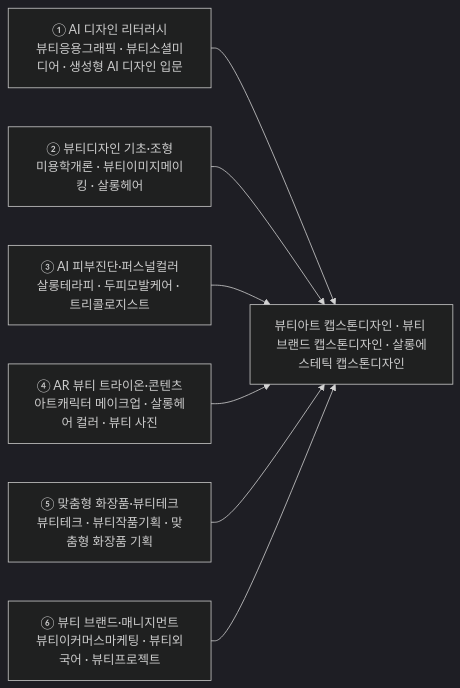
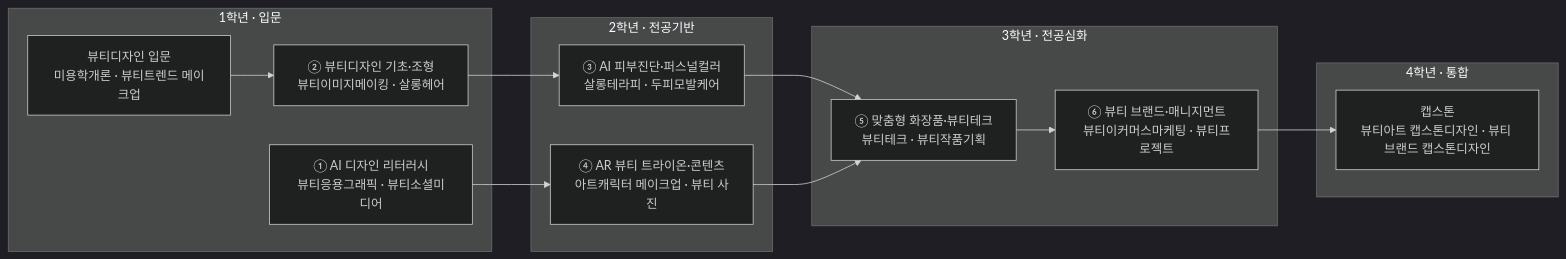
The diagram in docs/design/beauty-design.md (parclab-hsu/ai-curriculum-2026), drawn with Mermaid (dark theme) before and after one commit. The commit also changed other lines of this file and 22 other files, not shown here.

First line of the commit message:
모듈 다이어그램 강화 — 1~4학년 로드맵 + 모듈-역량 매핑 (23개 트랙)

````diff
--- a/docs/design/beauty-design.md
+++ b/docs/design/beauty-design.md
@@ -136,10 +136,22 @@
 ```mermaid
 flowchart LR
-  M1["① AI 디자인 리터러시<br/>뷰티응용그래픽 · 뷰티소셜미디어 · 생성형 AI 디자인 입문"] --> CAP
-  M2["② 뷰티디자인 기초·조형<br/>미용학개론 · 뷰티이미지메이킹 · 살롱헤어"] --> CAP
-  M3["③ AI 피부진단·퍼스널컬러<br/>살롱테라피 · 두피모발케어 · 트리콜로지스트"] --> CAP
-  M4["④ AR 뷰티 트라이온·콘텐츠<br/>아트캐릭터 메이크업 · 살롱헤어 컬러 · 뷰티 사진"] --> CAP
-  M5["⑤ 맞춤형 화장품·뷰티테크<br/>뷰티테크 · 뷰티작품기획 · 맞춤형 화장품 기획"] --> CAP
-  M6["⑥ 뷰티 브랜드·매니지먼트<br/>뷰티이커머스마케팅 · 뷰티외국어 · 뷰티프로젝트"] --> CAP
-  CAP["뷰티아트 캡스톤디자인 · 뷰티 브랜드 캡스톤디자인 · 살롱에스테틱 캡스톤디자인"]
+  subgraph Y1["1학년 · 입문"]
+    A0["뷰티디자인 입문<br/>미용학개론 · 뷰티트렌드 메이크업"]
+    M1["① AI 디자인 리터러시<br/>뷰티응용그래픽 · 뷰티소셜미디어"]
+    M2["② 뷰티디자인 기초·조형<br/>뷰티이미지메이킹 · 살롱헤어"]
+  end
+  subgraph Y2["2학년 · 전공기반"]
+    M3["③ AI 피부진단·퍼스널컬러<br/>살롱테라피 · 두피모발케어"]
+    M4["④ AR 뷰티 트라이온·콘텐츠<br/>아트캐릭터 메이크업 · 뷰티 사진"]
+  end
+  subgraph Y3["3학년 · 전공심화"]
+    M5["⑤ 맞춤형 화장품·뷰티테크<br/>뷰티테크 · 뷰티작품기획"]
+    M6["⑥ 뷰티 브랜드·매니지먼트<br/>뷰티이커머스마케팅 · 뷰티프로젝트"]
+  end
+  subgraph Y4["4학년 · 통합"]
+    CAP["캡스톤<br/>뷰티아트 캡스톤디자인 · 뷰티 브랜드 캡스톤디자인"]
+  end
+  A0 --> M2 --> M3 --> M5 --> M6 --> CAP
+  M1 --> M4
+  M4 --> M5
 ```
````
